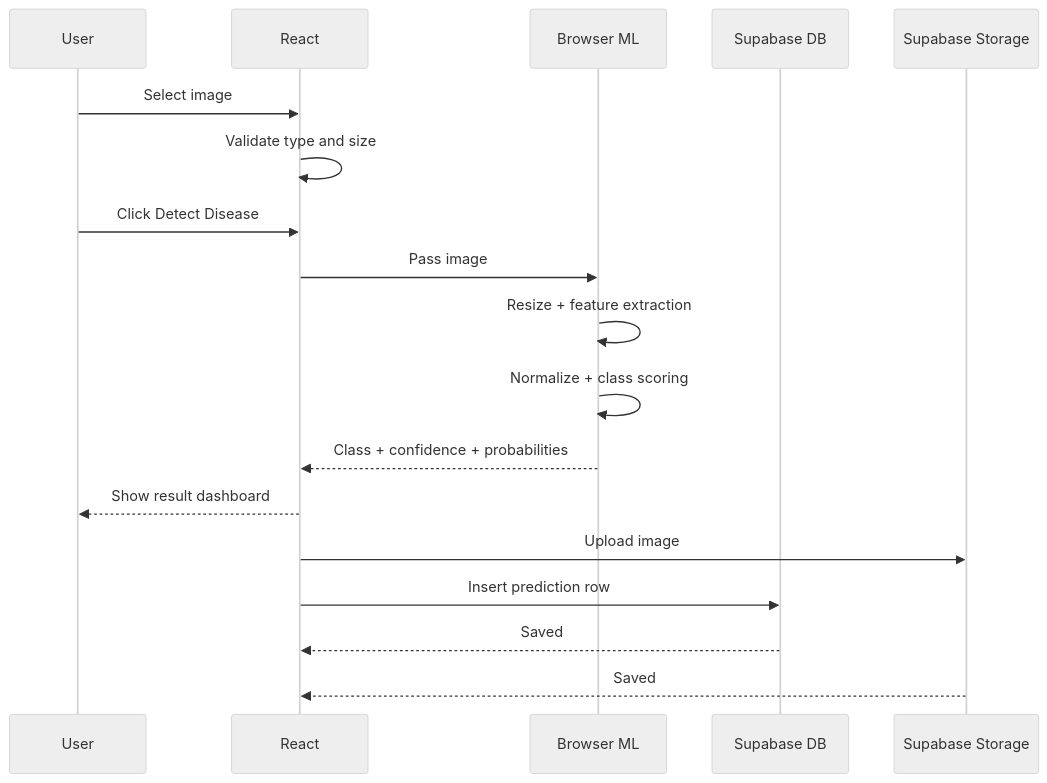
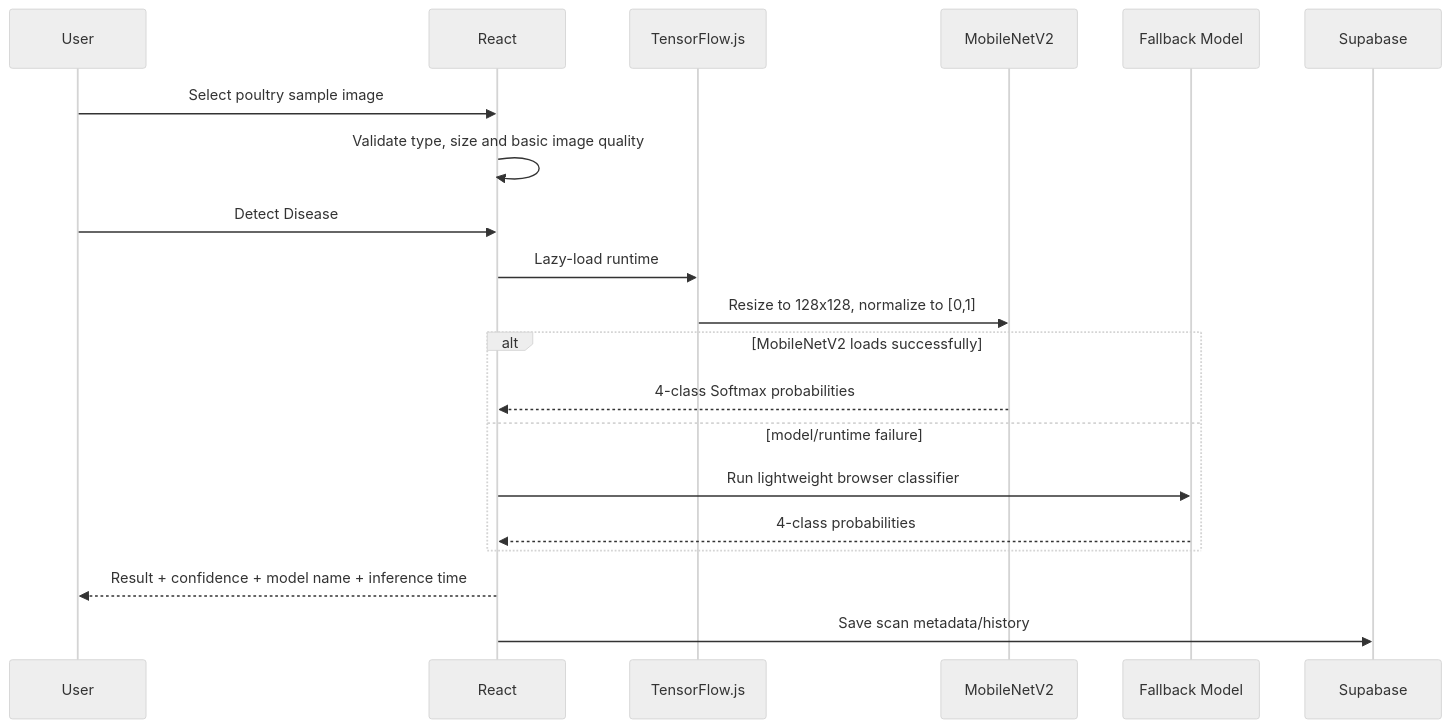
One commit to Mithun9661/poultry-disease-classification changed the second of 2 diagrams in docs/ARCHITECTURE.md. Above: the diagram before and after it, drawn with Mermaid (neutral theme). The commit also changed other lines of this file, not shown here.

Commit message:
docs: align architecture with MobileNetV2 and tested MERN backend

````diff
--- a/docs/ARCHITECTURE.md
+++ b/docs/ARCHITECTURE.md
@@ -96,21 +56,23 @@
 ```mermaid
 sequenceDiagram
     participant User
     participant React
-    participant Model as Browser ML
-    participant DB as Supabase DB
-    participant Storage as Supabase Storage
+    participant TFJS as TensorFlow.js
+    participant M as MobileNetV2
+    participant F as Fallback Model
+    participant DB as Supabase
 
-    User->>React: Select image
-    React->>React: Validate type and size
-    User->>React: Click Detect Disease
-    React->>Model: Pass image
-    Model->>Model: Resize + feature extraction
-    Model->>Model: Normalize + class scoring
-    Model-->>React: Class + confidence + probabilities
-    React-->>User: Show result dashboard
-    React->>Storage: Upload image
-    React->>DB: Insert prediction row
-    DB-->>React: Saved
-    Storage-->>React: Saved
+    User->>React: Select poultry sample image
+    React->>React: Validate type, size and basic image quality
+    User->>React: Detect Disease
+    React->>TFJS: Lazy-load runtime
+    TFJS->>M: Resize to 128x128, normalize to [0,1]
+    alt MobileNetV2 loads successfully
+        M-->>React: 4-class Softmax probabilities
+    else model/runtime failure
+        React->>F: Run lightweight browser classifier
+        F-->>React: 4-class probabilities
+    end
+    React-->>User: Result + confidence + model name + inference time
+    React->>DB: Save scan metadata/history
 ```
````
